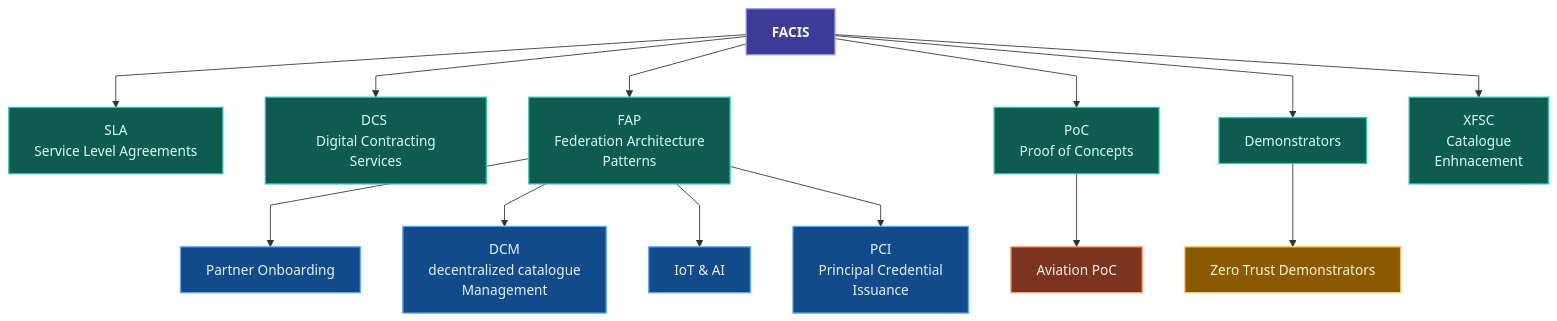
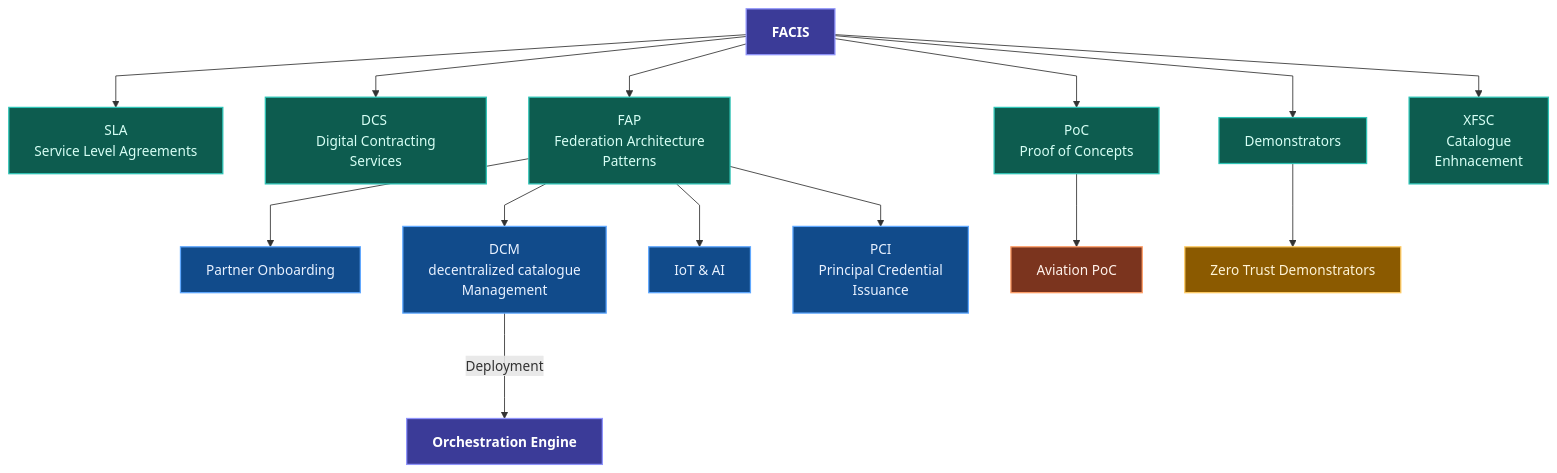
One commit to eclipse-xfsc/facis changed the diagram in README.md. Above: the diagram before and after it, drawn with Mermaid. The commit also changed other lines of this file, not shown here.

Commit message:
docs: update architecture

````diff
--- a/README.md
+++ b/README.md
@@ -16,27 +16,33 @@
 ```mermaid
 %%{init: {'flowchart': {'curve': 'linear'}}}%%
 flowchart TD
     classDef parent fill:#3b3b98,color:#fff,stroke:#8f94fb,stroke-width:1.5px,font-weight:bold;
     classDef component fill:#0d5c4f,color:#d7fff5,stroke:#2ec4b6,stroke-width:1.5px;
     classDef submodule fill:#16213e,stroke:#6c8ebf,stroke-width:1px,color:#dae8fc
     classDef pattern fill:#114b8b,color:#e8f1ff,stroke:#5fa8ff,stroke-width:1.5px;
     classDef poc fill:#7b341e,color:#fff2eb,stroke:#ff9f68,stroke-width:1.5px;
     classDef dem fill:#8b5a00,color:#fff4d6,stroke:#ffcc66,stroke-width:1.5px;
 
+    
     FACIS[FACIS]:::parent
+
+  
     FACIS --> SLA[SLA \n Service Level Agreements]:::component
     FACIS --> DCS[DCS \n Digital Contracting Services]:::component
     FACIS --> FAP[FAP \n Federation Architecture \nPatterns]:::component
     FACIS --> POC[PoC \n Proof of Concepts]:::component
     FACIS --> DEM[Demonstrators]:::component
     FACIS --> CAT[XFSC \nCatalogue \nEnhnacement]:::component
 
     FAP --> FAP1[Partner Onboarding]:::pattern
     FAP --> FAP2[DCM \n decentralized catalogue\n Management]:::pattern
     FAP --> FAP3[IoT & AI]:::pattern
     FAP --> FAP4[PCI \n Principal Credential\n Issuance]:::pattern
 
+    FAP2 ---> |Deployment|ORCE[Orchestration Engine]:::parent
+    
     POC --> POC1[Aviation PoC]:::poc
 
     DEM --> DEM1[Zero Trust Demonstrators]:::dem
+
 ```
````
